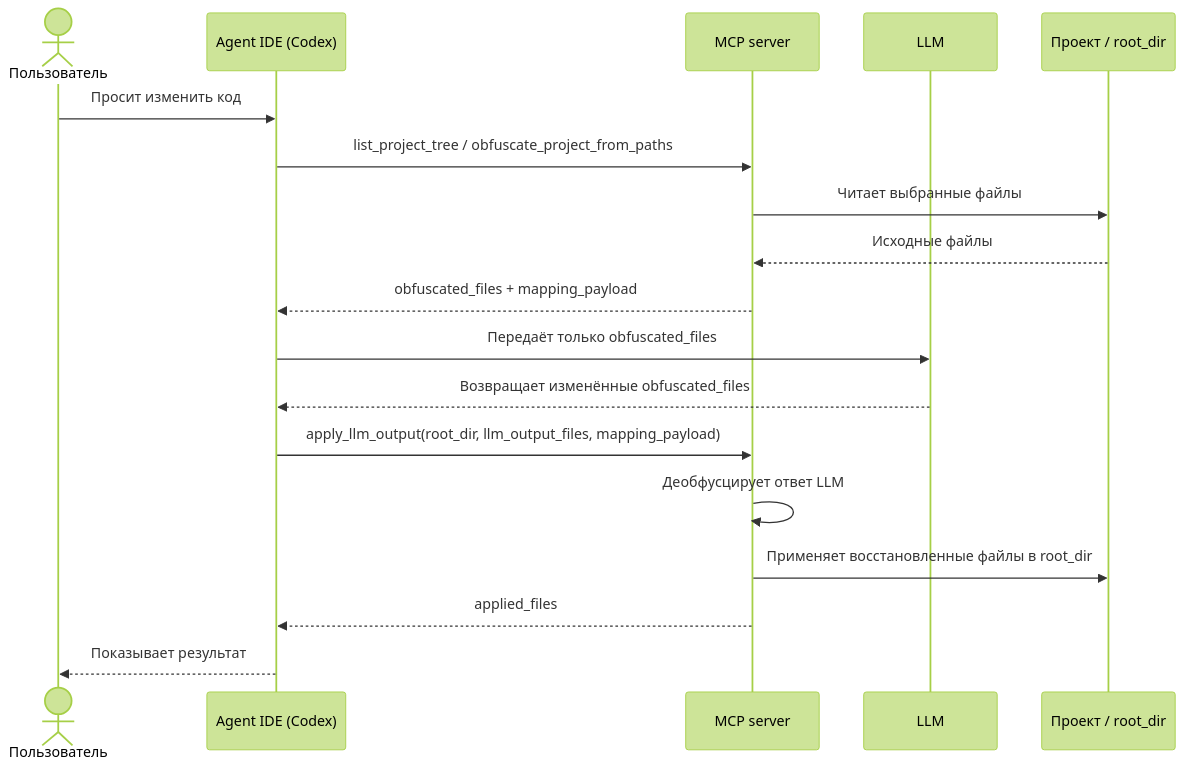
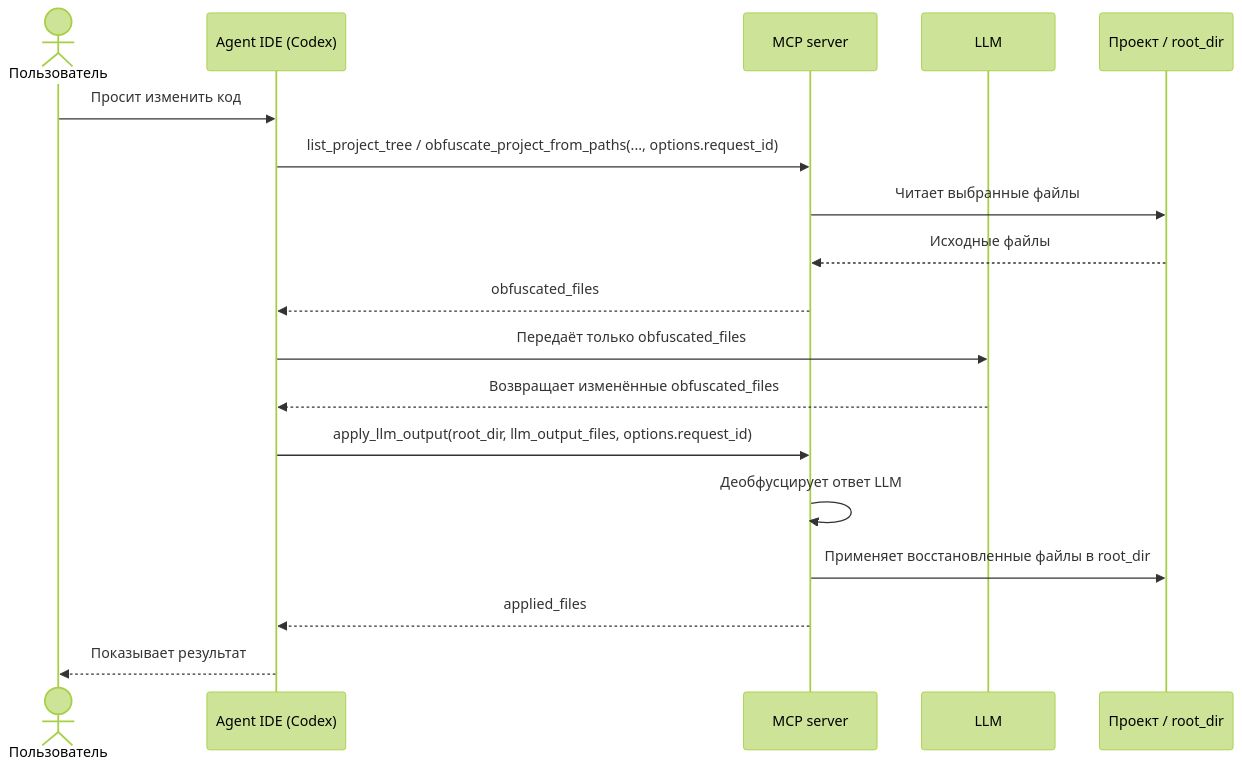
The second of 2 diagrams in README.md (sawrus/code-obfuscator), drawn with Mermaid (forest theme) before and after one commit. The commit also changed other lines of this file and 10 other files, not shown here.

````diff
--- a/README.md
+++ b/README.md
@@ -97,21 +97,21 @@
 ```mermaid
 sequenceDiagram
     actor User as Пользователь
     participant IDE as Agent IDE (Codex)
     participant MCP as MCP server
     participant LLM as LLM
     participant Project as Проект / root_dir
 
     User->>IDE: Просит изменить код
-    IDE->>MCP: list_project_tree / obfuscate_project_from_paths
+    IDE->>MCP: list_project_tree / obfuscate_project_from_paths(..., options.request_id)
     MCP->>Project: Читает выбранные файлы
     Project-->>MCP: Исходные файлы
-    MCP-->>IDE: obfuscated_files + mapping_payload
+    MCP-->>IDE: obfuscated_files
     IDE->>LLM: Передаёт только obfuscated_files
     LLM-->>IDE: Возвращает изменённые obfuscated_files
-    IDE->>MCP: apply_llm_output(root_dir, llm_output_files, mapping_payload)
+    IDE->>MCP: apply_llm_output(root_dir, llm_output_files, options.request_id)
     MCP->>MCP: Деобфусцирует ответ LLM
     MCP->>Project: Применяет восстановленные файлы в root_dir
     MCP-->>IDE: applied_files
     IDE-->>User: Показывает результат
 ```
````
